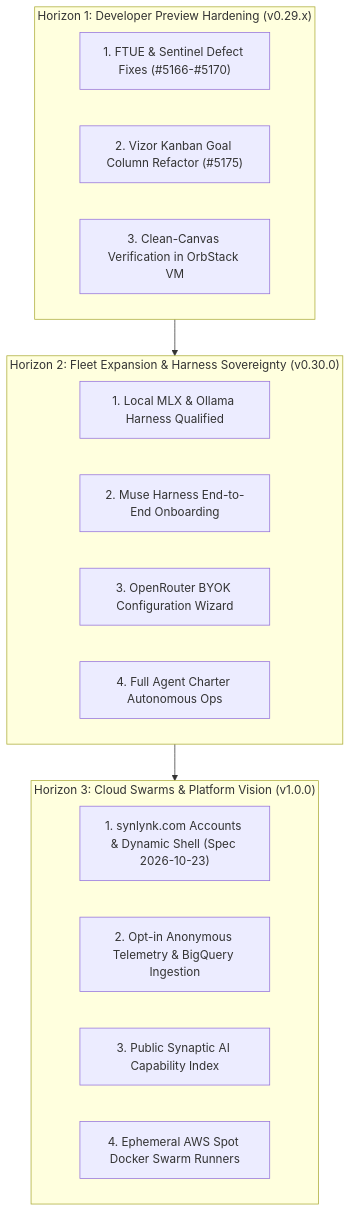
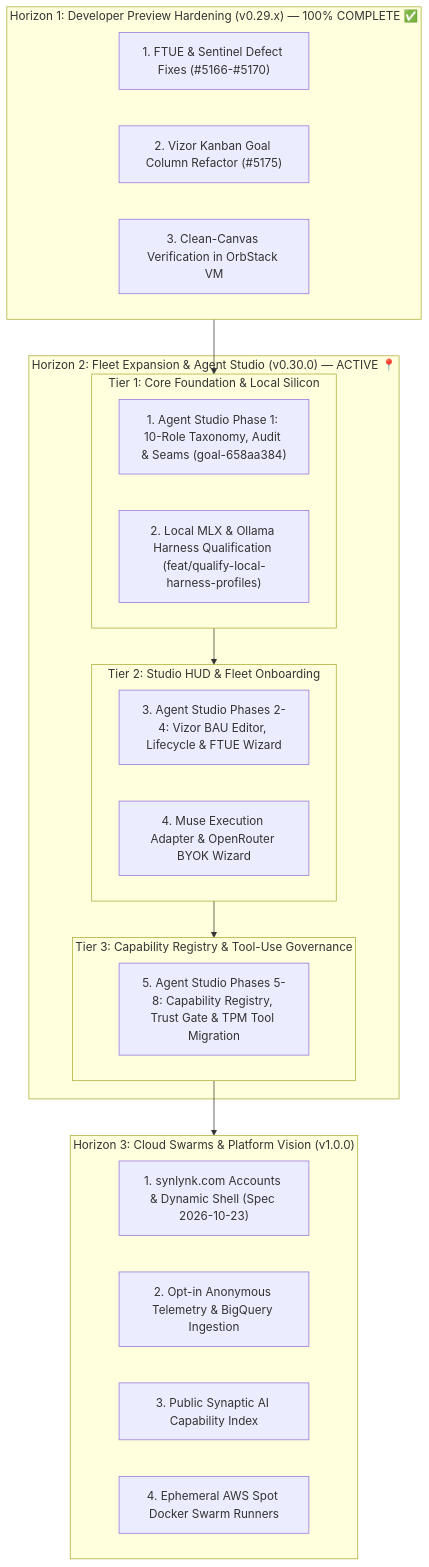
One commit to nikhilsoman/synlynk changed the diagram in project-docs/2026-11-08-authoritative-roadmap-and-capabilities-reconciliation.md. Above: the diagram before and after it, drawn with Mermaid. The commit also changed other lines of this file, not shown here.

Commit message:
docs(roadmap): reconcile Agent Studio (goal-658aa384) into Horizon 2

````diff
--- a/project-docs/2026-11-08-authoritative-roadmap-and-capabilities-reconciliation.md
+++ b/project-docs/2026-11-08-authoritative-roadmap-and-capabilities-reconciliation.md
@@ -81,24 +81,31 @@
 ```mermaid
 flowchart TD
-    subgraph H1["Horizon 1: Developer Preview Hardening (v0.29.x)"]
+    subgraph H1["Horizon 1: Developer Preview Hardening (v0.29.x) — 100% COMPLETE ✅"]
         H1_FTUE["1. FTUE & Sentinel Defect Fixes (#5166-#5170)"]
         H1_Vizor["2. Vizor Kanban Goal Column Refactor (#5175)"]
         H1_VM["3. Clean-Canvas Verification in OrbStack VM"]
     end
 
-    subgraph H2["Horizon 2: Fleet Expansion & Harness Sovereignty (v0.30.0)"]
-        H2_Local["1. Local MLX & Ollama Harness Qualified"]
-        H2_Muse["2. Muse Harness End-to-End Onboarding"]
-        H2_BYOK["3. OpenRouter BYOK Configuration Wizard"]
-        H2_Charters["4. Full Agent Charter Autonomous Ops"]
+    subgraph H2["Horizon 2: Fleet Expansion & Agent Studio (v0.30.0) — ACTIVE 📍"]
+        subgraph H2_P1["Tier 1: Core Foundation & Local Silicon"]
+            H2_Seams["1. Agent Studio Phase 1: 10-Role Taxonomy, Audit & Seams (goal-658aa384)"]
+            H2_Local["2. Local MLX & Ollama Harness Qualification (feat/qualify-local-harness-profiles)"]
+        end
+        subgraph H2_P2["Tier 2: Studio HUD & Fleet Onboarding"]
+            H2_Studio["3. Agent Studio Phases 2-4: Vizor BAU Editor, Lifecycle & FTUE Wizard"]
+            H2_Muse["4. Muse Execution Adapter & OpenRouter BYOK Wizard"]
+        end
+        subgraph H2_P3["Tier 3: Capability Registry & Tool-Use Governance"]
+            H2_Registry["5. Agent Studio Phases 5-8: Capability Registry, Trust Gate & TPM Tool Migration"]
+        end
     end
 
     subgraph H3["Horizon 3: Cloud Swarms & Platform Vision (v1.0.0)"]
         H3_Platform["1. synlynk.com Accounts & Dynamic Shell (Spec 2026-10-23)"]
         H3_Telemetry["2. Opt-in Anonymous Telemetry & BigQuery Ingestion"]
         H3_Index["3. Public Synaptic AI Capability Index"]
         H3_Swarm["4. Ephemeral AWS Spot Docker Swarm Runners"]
     end
 
-    H1 --> H2 --> H3
+    H1 --> H2_P1 --> H2_P2 --> H2_P3 --> H3
 ```
````
